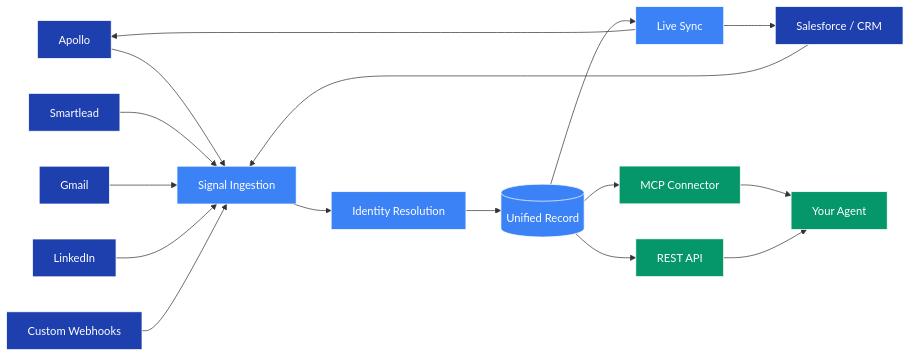
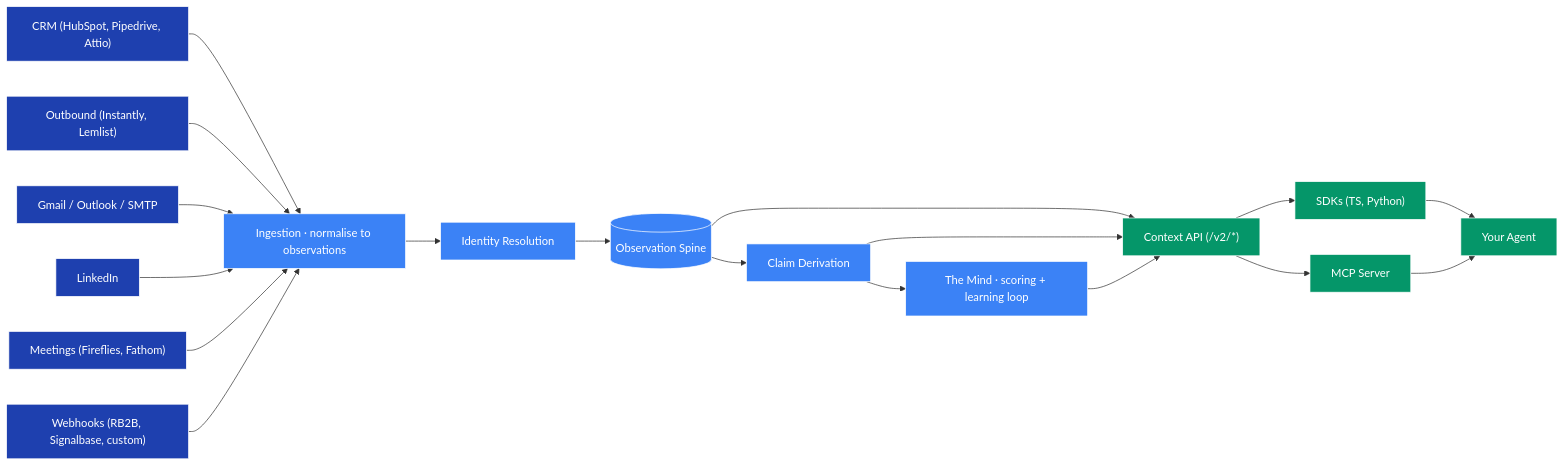
The diagram in getting-started/how-it-works.mdx (NousC/docs), drawn with Mermaid before and after one commit. The commit also changed other lines of this file and 63 other files, not shown here.

````diff
--- a/getting-started/how-it-works.mdx
+++ b/getting-started/how-it-works.mdx
@@ -10,40 +10,45 @@
 ```mermaid theme={null}
 flowchart LR
     classDef source fill:#1E40AF,color:white,stroke:#fff
     classDef core fill:#3B82F6,color:white,stroke:#fff
     classDef output fill:#059669,color:white,stroke:#fff
 
-    apollo["Apollo"]:::source
-    sf["Salesforce / CRM"]:::source
-    smartlead["Smartlead"]:::source
-    gmail["Gmail"]:::source
-    linkedin["LinkedIn"]:::source
-    webhooks["Custom Webhooks"]:::source
+    crm["CRM (HubSpot, Pipedrive, Attio)"]:::source
+    out["Outbound (Instantly, Lemlist)"]:::source
+    mail["Gmail / Outlook / SMTP"]:::source
+    li["LinkedIn"]:::source
+    meet["Meetings (Fireflies, Fathom)"]:::source
+    web["Webhooks (RB2B, Signalbase, custom)"]:::source
 
-    ingest["Signal Ingestion"]:::core
+    ingest["Ingestion · normalise to observations"]:::core
     resolve["Identity Resolution"]:::core
-    db[("Unified Record")]:::core
-    sync["Live Sync"]:::core
+    obs[("Observation Spine")]:::core
+    claims["Claim Derivation"]:::core
+    mind["The Mind · scoring + learning loop"]:::core
 
-    mcp["MCP Connector"]:::output
-    api["REST API"]:::output
+    api["Context API (/v2/*)"]:::output
+    mcp["MCP Server"]:::output
+    sdk["SDKs (TS, Python)"]:::output
     agent["Your Agent"]:::output
 
-    apollo --> ingest
-    sf --> ingest
-    smartlead --> ingest
-    gmail --> ingest
-    linkedin --> ingest
-    webhooks --> ingest
+    crm --> ingest
+    out --> ingest
+    mail --> ingest
+    li --> ingest
+    meet --> ingest
+    web --> ingest
 
     ingest --> resolve
-    resolve --> db
-    db --> sync
-    sync --> apollo
-    sync --> sf
+    resolve --> obs
+    obs --> claims
+    claims --> mind
 
-    db --> mcp
-    db --> api
+    obs --> api
+    claims --> api
+    mind --> api
+
+    api --> sdk
+    api --> mcp
+    sdk --> agent
     mcp --> agent
-    api --> agent
 ```
````
